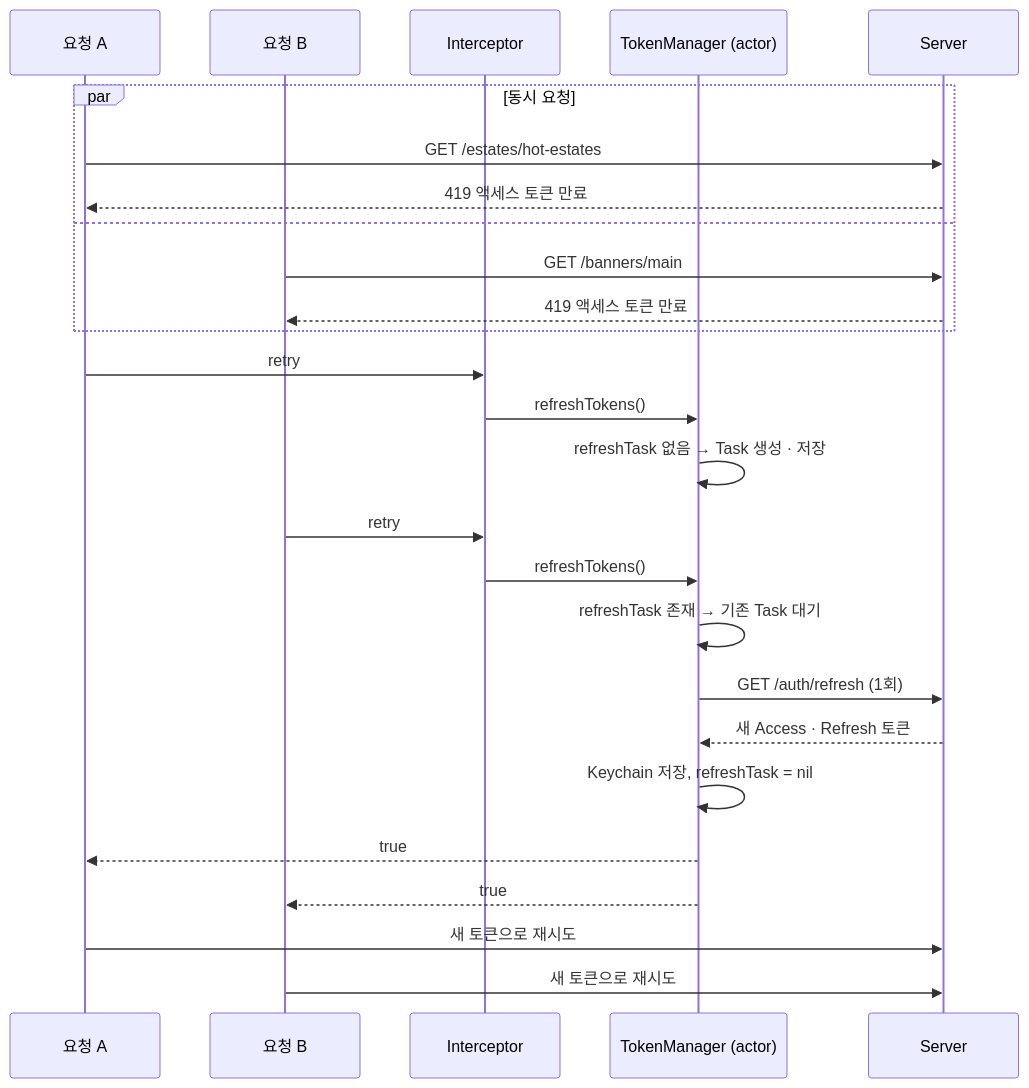
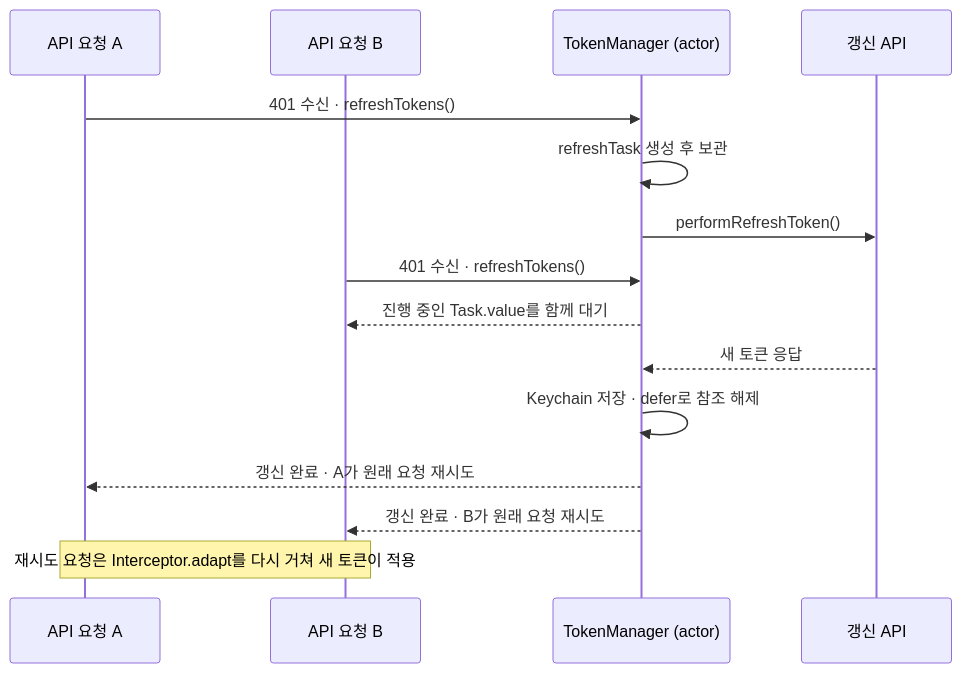
One commit to Maekiee/FlowLab changed the fifth of 10 diagrams in README.md. Above: the diagram before and after it, drawn with Mermaid. The commit also changed other lines of this file, not shown here.

````diff
--- a/README.md
+++ b/README.md
@@ -235,29 +254,18 @@
 ```mermaid
 sequenceDiagram
-    participant A as 요청 A
-    participant B as 요청 B
-    participant I as Interceptor
+    participant A as API 요청 A
+    participant B as API 요청 B
     participant T as TokenManager (actor)
-    participant S as Server
+    participant S as 갱신 API
 
-    par 동시 요청
-        A->>S: GET /estates/hot-estates
-        S-->>A: 419 액세스 토큰 만료
-    and
-        B->>S: GET /banners/main
-        S-->>B: 419 액세스 토큰 만료
-    end
-    A->>I: retry
-    I->>T: refreshTokens()
-    T->>T: refreshTask 없음 → Task 생성 · 저장
-    B->>I: retry
-    I->>T: refreshTokens()
-    T->>T: refreshTask 존재 → 기존 Task 대기
-    T->>S: GET /auth/refresh (1회)
-    S-->>T: 새 Access · Refresh 토큰
-    T->>T: Keychain 저장, refreshTask = nil
-    T-->>A: true
-    T-->>B: true
-    A->>S: 새 토큰으로 재시도
-    B->>S: 새 토큰으로 재시도
+    A->>T: 401 수신 · refreshTokens()
+    T->>T: refreshTask 생성 후 보관
+    T->>S: performRefreshToken()
+    B->>T: 401 수신 · refreshTokens()
+    T-->>B: 진행 중인 Task.value를 함께 대기
+    S-->>T: 새 토큰 응답
+    T->>T: Keychain 저장 · defer로 참조 해제
+    T-->>A: 갱신 완료 · A가 원래 요청 재시도
+    T-->>B: 갱신 완료 · B가 원래 요청 재시도
+    Note over A,B: 재시도 요청은 Interceptor.adapt를 다시 거쳐 새 토큰이 적용
 ```
````
